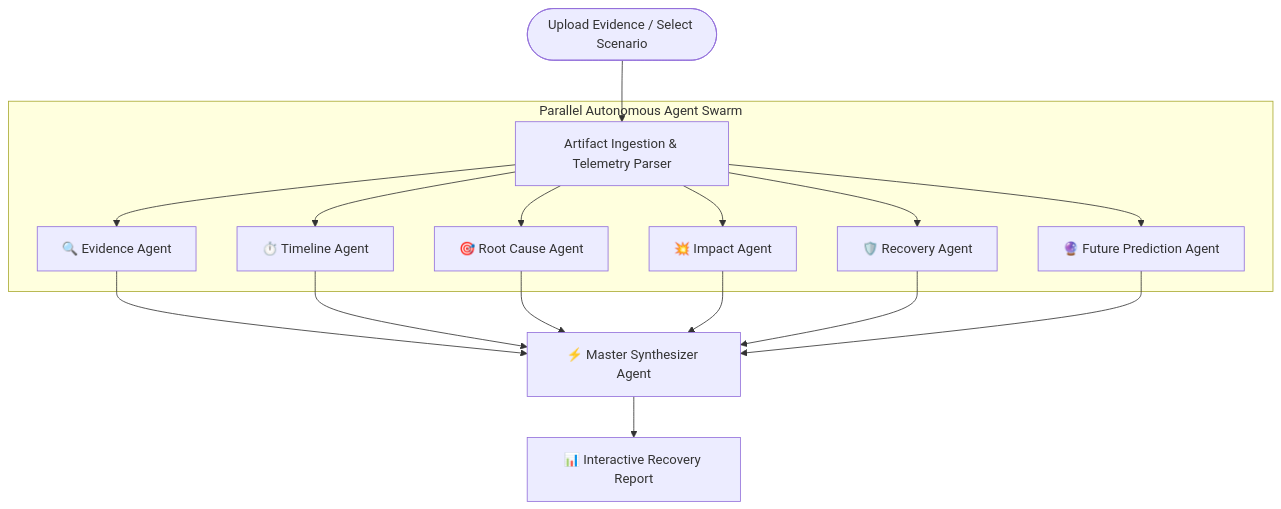
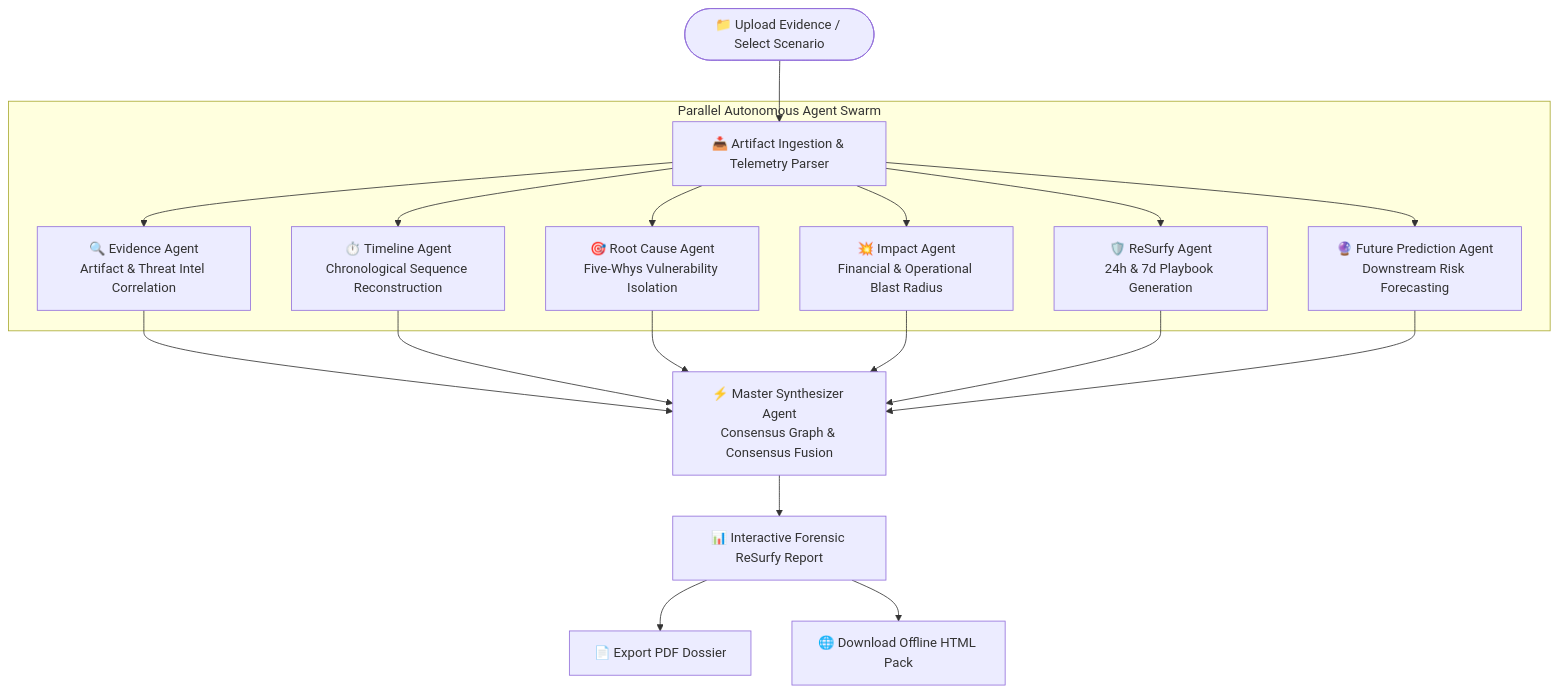
Before and after one commit to LakshaGoyal/WindSurf-AI: the diagram in README.md, drawn with Mermaid. The commit also changed other lines of this file, not shown here.

````diff
--- a/README.md
+++ b/README.md
@@ -29,22 +66,24 @@
 ```mermaid
 graph TD
-    User([Upload Evidence / Select Scenario]) --> Ingest[Artifact Ingestion & Telemetry Parser]
+    User([📁 Upload Evidence / Select Scenario]) --> Ingest[📥 Artifact Ingestion & Telemetry Parser]
     
     subgraph Parallel Autonomous Agent Swarm
-        Ingest --> EvidenceAgent[🔍 Evidence Agent]
-        Ingest --> TimelineAgent[⏱️ Timeline Agent]
-        Ingest --> RootCauseAgent[🎯 Root Cause Agent]
-        Ingest --> ImpactAgent[💥 Impact Agent]
-        Ingest --> RecoveryAgent[🛡️ Recovery Agent]
-        Ingest --> PredictionAgent[🔮 Future Prediction Agent]
+        Ingest --> EvidenceAgent[🔍 Evidence Agent\nArtifact & Threat Intel Correlation]
+        Ingest --> TimelineAgent[⏱️ Timeline Agent\nChronological Sequence Reconstruction]
+        Ingest --> RootCauseAgent[🎯 Root Cause Agent\nFive-Whys Vulnerability Isolation]
+        Ingest --> ImpactAgent[💥 Impact Agent\nFinancial & Operational Blast Radius]
+        Ingest --> ReSurfyAgent[🛡️ ReSurfy Agent\n24h & 7d Playbook Generation]
+        Ingest --> PredictionAgent[🔮 Future Prediction Agent\nDownstream Risk Forecasting]
     end
 
-    EvidenceAgent --> MasterSynthesizer[⚡ Master Synthesizer Agent]
+    EvidenceAgent --> MasterSynthesizer[⚡ Master Synthesizer Agent\nConsensus Graph & Consensus Fusion]
     TimelineAgent --> MasterSynthesizer
     RootCauseAgent --> MasterSynthesizer
     ImpactAgent --> MasterSynthesizer
-    RecoveryAgent --> MasterSynthesizer
+    ReSurfyAgent --> MasterSynthesizer
     PredictionAgent --> MasterSynthesizer
 
-    MasterSynthesizer --> Dossier[📊 Interactive Recovery Report]
+    MasterSynthesizer --> Dossier[📊 Interactive Forensic ReSurfy Report]
+    Dossier --> ExportPDF[📄 Export PDF Dossier]
+    Dossier --> ExportHTML[🌐 Download Offline HTML Pack]
 ```
````
